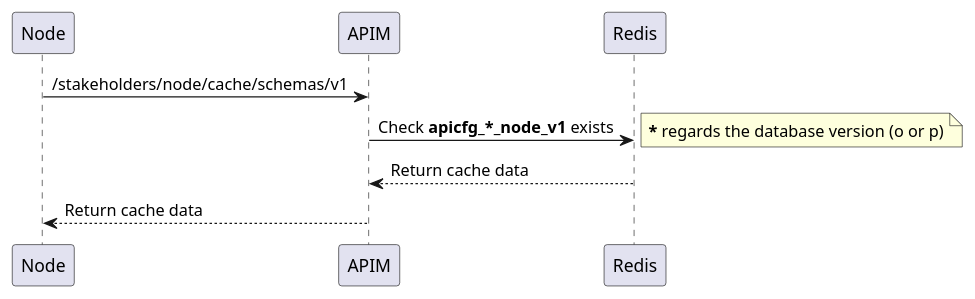
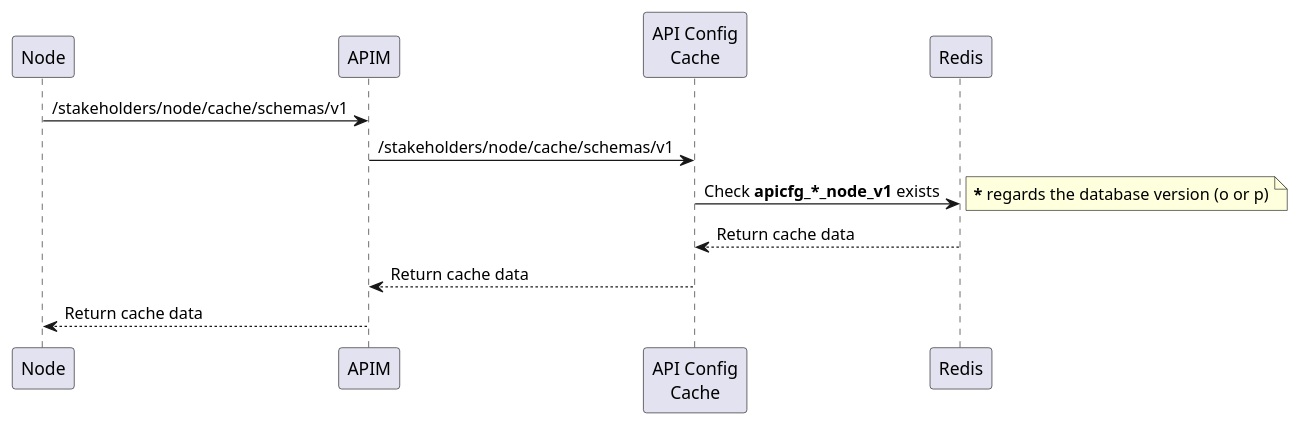
Before and after one commit to pagopa/pagopa-api-config-cache: the diagram in docs/node/scenario_02.puml, drawn with PlantUML. The commit also changed 2 other files, not shown here.

```diff
--- a/docs/node/scenario_02.puml
+++ b/docs/node/scenario_02.puml
@@ -5,9 +5,14 @@
 @startuml
+participant Node
+participant APIM
+participant "API Config\nCache" as Cache
 Node -> APIM: /stakeholders/node/cache/schemas/v1
-APIM -> Redis: Check <b>apicfg_*_node_v1</b> exists
+APIM -> Cache: /stakeholders/node/cache/schemas/v1
+Cache -> Redis: Check <b>apicfg_*_node_v1</b> exists
 note right
   <b>*</b> regards the database version (o or p)
 end note
-"Redis" --> APIM: Return cache data
+Redis --> Cache: Return cache data
+Cache --> APIM: Return cache data
 APIM --> Node: Return cache data
 @enduml
```
